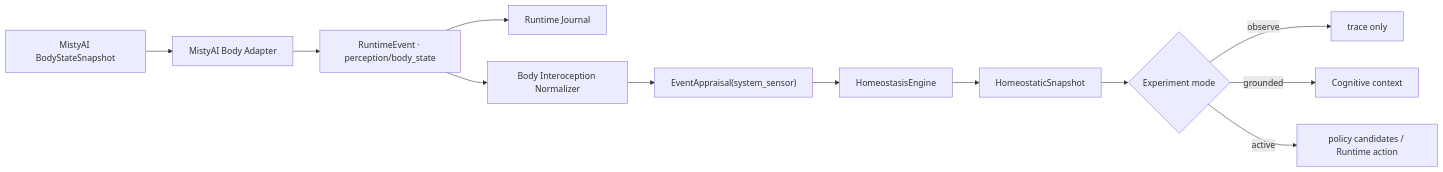
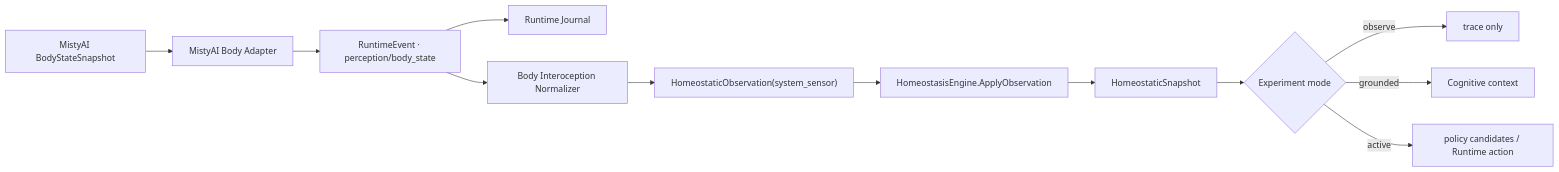
The diagram in docs/harness/11-mistyai-body-state-integration-code-design.md (QiuYuAkiGO/NeuralCloud), drawn with Mermaid before and after one commit. The commit also changed other lines of this file and 40 other files, not shown here.

````diff
--- a/docs/harness/11-mistyai-body-state-integration-code-design.md
+++ b/docs/harness/11-mistyai-body-state-integration-code-design.md
@@ -26,14 +38,14 @@
 ```mermaid
 flowchart LR
     Misty["MistyAI BodyStateSnapshot"] --> Adapter["MistyAI Body Adapter"]
     Adapter --> Event["RuntimeEvent · perception/body_state"]
     Event --> Journal["Runtime Journal"]
     Event --> Intero["Body Interoception Normalizer"]
-    Intero --> Evidence["EventAppraisal(system_sensor)"]
-    Evidence --> Homeo["HomeostasisEngine"]
+    Intero --> Evidence["HomeostaticObservation(system_sensor)"]
+    Evidence --> Homeo["HomeostasisEngine.ApplyObservation"]
     Homeo --> Snapshot["HomeostaticSnapshot"]
     Snapshot --> Mode{"Experiment mode"}
     Mode -->|observe| Trace["trace only"]
     Mode -->|grounded| Context["Cognitive context"]
     Mode -->|active| Policy["policy candidates / Runtime action"]
 ```
````
